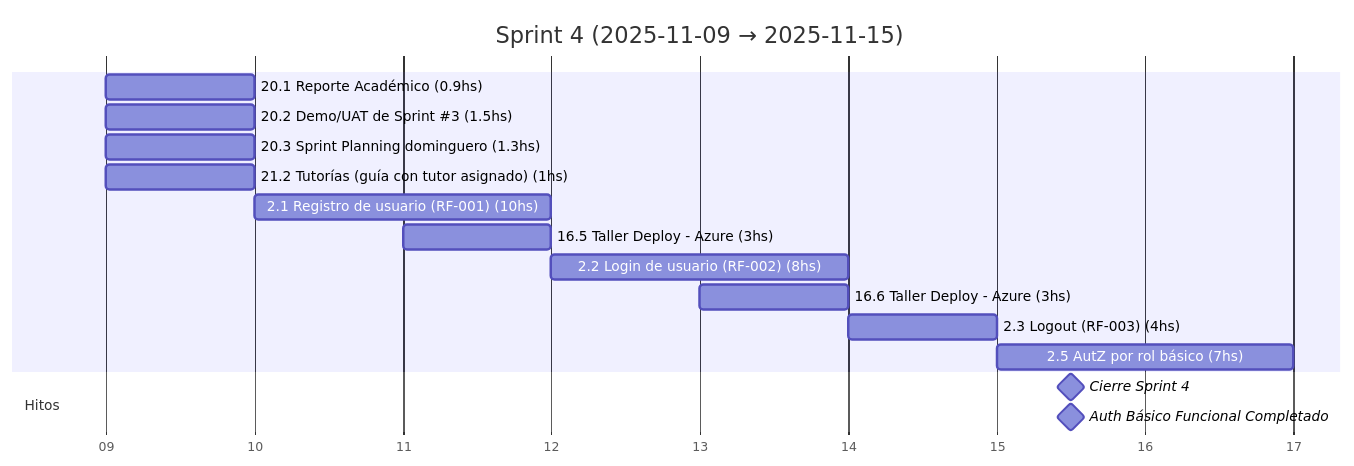
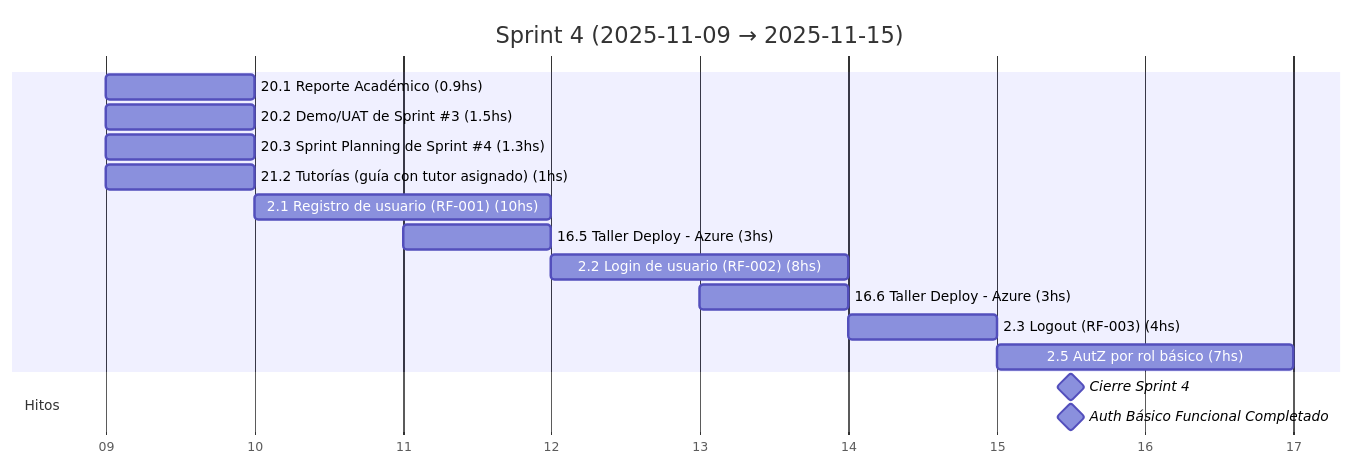
One commit to MarkMed/FleetMan changed the fifth of 19 diagrams in docs/SprintsGantts.md. Above: the diagram before and after it, drawn with Mermaid. The commit also changed other lines of this file and 2 other files, not shown here.

Commit message:
feat: Update Sprint Planning references to include specific sprint numbers

````diff
--- a/docs/SprintsGantts.md
+++ b/docs/SprintsGantts.md
@@ -127,23 +127,23 @@
 ```mermaid
 gantt
   title Sprint 4 (2025-11-09 → 2025-11-15)
   dateFormat  YYYY-MM-DD
   axisFormat  %d
 
   %% Asumimos 5 h/día. Horas estimadas incluidas en el nombre.
 
   20.1 Reporte Académico (0.9hs)               :t201, 2025-11-09, 1d
   20.2 Demo/UAT de Sprint #3 (1.5hs)           :t202, 2025-11-09, 1d
-  20.3 Sprint Planning dominguero (1.3hs)      :t203, 2025-11-09, 1d
+  20.3 Sprint Planning de Sprint #4 (1.3hs)      :t203, 2025-11-09, 1d
   21.2 Tutorías (guía con tutor asignado) (1hs) :t212, 2025-11-09, 1d
   2.1 Registro de usuario (RF-001) (10hs)      :t21, after t203, 2d
   16.5 Taller Deploy - Azure (3hs)             :t165, 2025-11-11, 1d
   2.2 Login de usuario (RF-002) (8hs)          :t22, after t21, 2d
   16.6 Taller Deploy - Azure (3hs)             :t166, 2025-11-13, 1d
   2.3 Logout (RF-003) (4hs)                    :t23, after t22, 1d
   2.5 AutZ por rol básico (7hs)                :t25, after t23, 2d
 
   section Hitos
   Cierre Sprint 4                              :milestone, s4, 2025-11-15, 1d
   Auth Básico Funcional Completado             :milestone, auth, 2025-11-15, 1d
 ```
````
